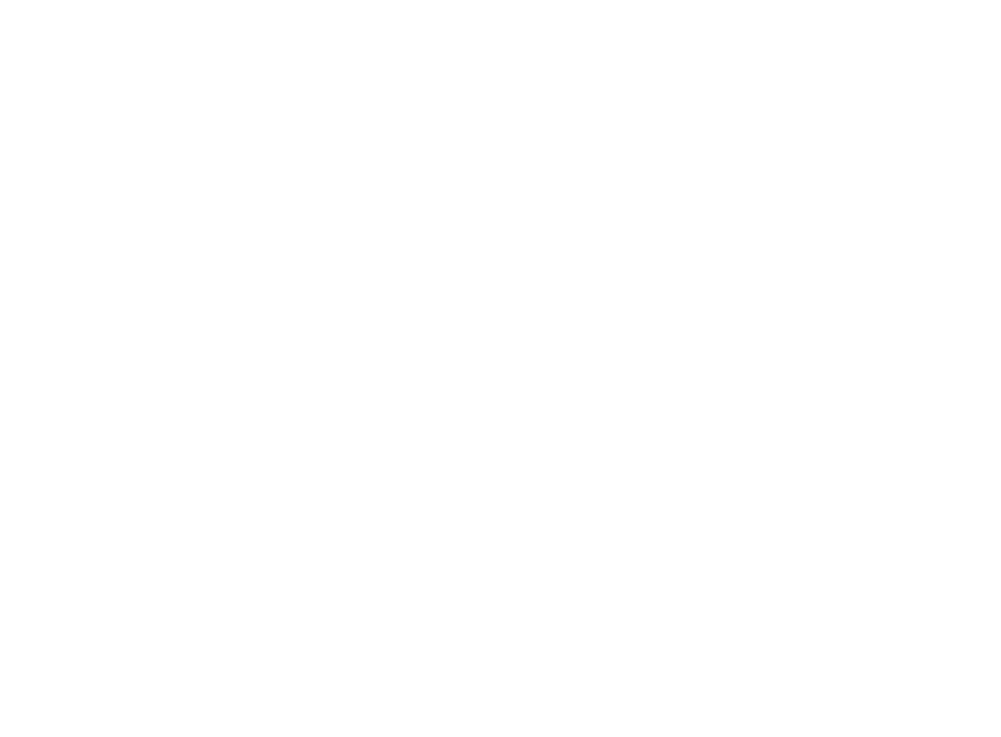
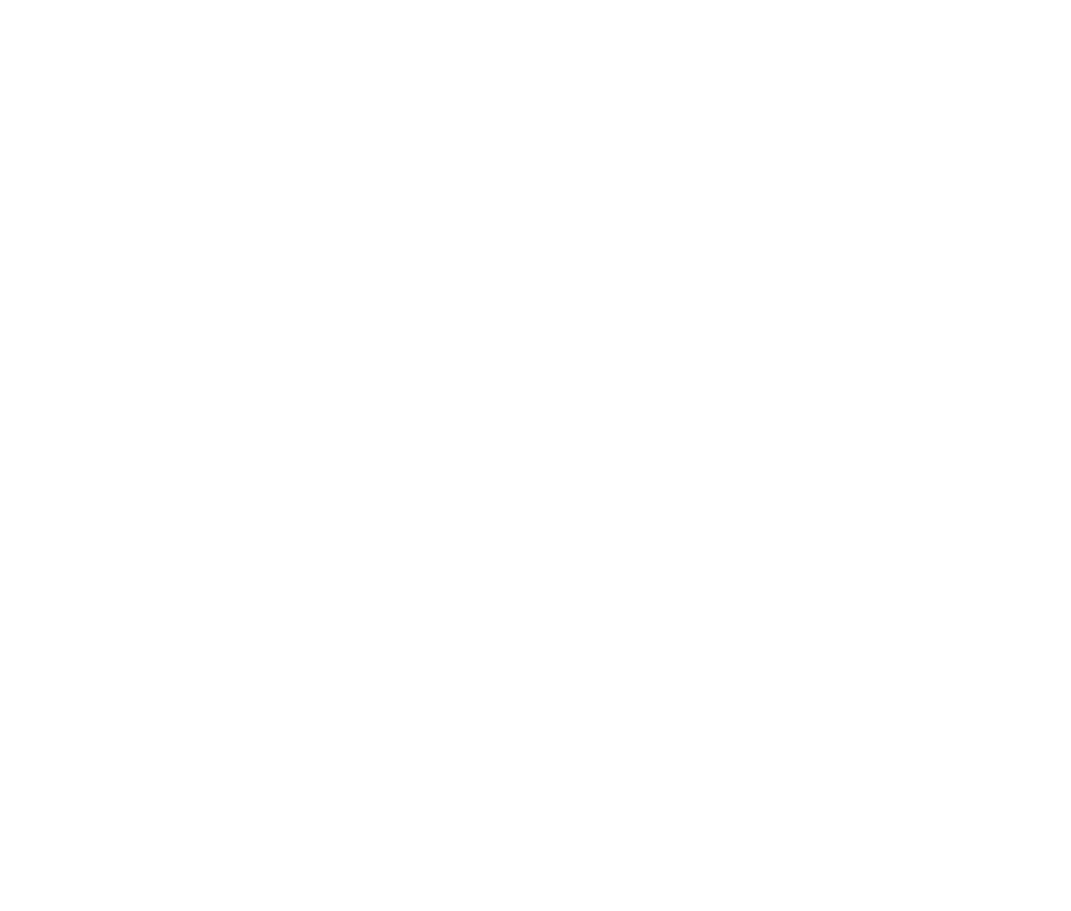
One commit to dodokek/Tree-Structure-Akinator changed the diagram in data/graph.dot. Above: the diagram before and after it, drawn with Graphviz. The commit also changed 3 other files, not shown here.

```diff
--- a/data/graph.dot
+++ b/data/graph.dot
@@ -1,61 +1,68 @@
 
     digraph g {
         dpi      = 200;
         fontname = "Comic Sans MS";
         fontsize = 20;
         rankdir   =  TB;
         edge [color = darkgrey, arrowhead = onormal, arrowsize = 1, penwidth = 1.2]
         graph[fillcolor = lightgreen, ranksep = 1.3, nodesep = 0.5,
         style = "rounded, filled",color = green, penwidth = 2]
 
-    Node0000000000ea24b0[shape=rectangle, color="red", width=0.2, style="filled",fillcolor="lightblue", label="Animal"] 
+    Node0000000000e924b0[shape=rectangle, color="red", width=0.2, style="filled",fillcolor="lightblue", label="Animal"] 
  
-Node0000000000ea2510[shape=rectangle, color="red", width=0.2, style="filled",fillcolor="lightblue", label="SucksDick"] 
+Node0000000000e92550[shape=rectangle, color="red", width=0.2, style="filled",fillcolor="lightblue", label="SucksDick"] 
  
-Node0000000000ea2570[shape=rectangle, color="red", width=0.2, style="filled",fillcolor="lightblue", label="StudyInMAI"] 
+Node0000000000e925f0[shape=rectangle, color="red", width=0.2, style="filled",fillcolor="lightblue", label="StudyInMAI"] 
  
-Node0000000000ea25d0[shape=rectangle, color="red", width=0.2, style="filled",fillcolor="lightblue", label="FiveInchDick"] 
+Node0000000000e92690[shape=rectangle, color="red", width=0.2, style="filled",fillcolor="lightblue", label="FiveInchDick"] 
  
-Node0000000000ea2630[shape=rectangle, color="red", width=0.2, style="filled",fillcolor="lightblue", label="MishkFreddie"] 
+Node0000000000e981e0[shape=rectangle, color="red", width=0.2, style="filled",fillcolor="lightblue", label="Cum first"] 
  
-Node0000000000ea2690[shape=rectangle, color="red", width=0.2, style="filled",fillcolor="lightblue", label="Dolbaeb"] 
+Node0000000000e98270[shape=rectangle, color="red", width=0.2, style="filled",fillcolor="lightblue", label="Sussy baka
+"] 
  
-Node0000000000ea7890[shape=rectangle, color="red", width=0.2, style="filled",fillcolor="lightblue", label="Sanya"] 
+Node0000000000e926c0[shape=rectangle, color="red", width=0.2, style="filled",fillcolor="lightblue", label="MishkFreddie"] 
  
-Node0000000000ea7970[shape=rectangle, color="red", width=0.2, style="filled",fillcolor="lightblue", label="Govnovoder"] 
+Node0000000000e926f0[shape=rectangle, color="red", width=0.2, style="filled",fillcolor="lightblue", label="Dolbaeb"] 
  
-Node0000000000ea7ac0[shape=rectangle, color="red", width=0.2, style="filled",fillcolor="lightblue", label="Krestena"] 
+Node0000000000e979f0[shape=rectangle, color="red", width=0.2, style="filled",fillcolor="lightblue", label="Sanya"] 
  
-Node0000000000ea7b20[shape=rectangle, color="red", width=0.2, style="filled",fillcolor="lightblue", label="Arcadiy"] 
+Node0000000000e97a90[shape=rectangle, color="red", width=0.2, style="filled",fillcolor="lightblue", label="Govnovoder"] 
  
-Node0000000000ea7a30[shape=rectangle, color="red", width=0.2, style="filled",fillcolor="lightblue", label="CumsAlot"] 
+Node0000000000e97b30[shape=rectangle, color="red", width=0.2, style="filled",fillcolor="lightblue", label="Krestena"] 
  
-Node0000000000ea7940[shape=rectangle, color="red", width=0.2, style="filled",fillcolor="lightblue", label="Vitalik"] 
+Node0000000000e97bd0[shape=rectangle, color="red", width=0.2, style="filled",fillcolor="lightblue", label="Arcadiy"] 
  
-Node0000000000ea7a00[shape=rectangle, color="red", width=0.2, style="filled",fillcolor="lightblue", label="Coder"] 
+Node0000000000e97c70[shape=rectangle, color="red", width=0.2, style="filled",fillcolor="lightblue", label="CumsAlot"] 
  
-Node0000000000ea7c70[shape=rectangle, color="red", width=0.2, style="filled",fillcolor="lightblue", label="Roma"] 
+Node0000000000e97d10[shape=rectangle, color="red", width=0.2, style="filled",fillcolor="lightblue", label="Vitalik"] 
  
-Node0000000000ea7ca0[shape=rectangle, color="red", width=0.2, style="filled",fillcolor="lightblue", label="Joe"] 
+Node0000000000e97db0[shape=rectangle, color="red", width=0.2, style="filled",fillcolor="lightblue", label="Coder"] 
  
-Node0000000000ea7a60[shape=rectangle, color="red", width=0.2, style="filled",fillcolor="lightblue", label="Obama"] 
+Node0000000000e97e50[shape=rectangle, color="red", width=0.2, style="filled",fillcolor="lightblue", label="Roma"] 
  
-Node0000000000ea7bb0[shape=rectangle, color="red", width=0.2, style="filled",fillcolor="lightblue", label="Sashka"] 
+Node0000000000e98000[shape=rectangle, color="red", width=0.2, style="filled",fillcolor="lightblue", label="Joe"] 
  
-Node0000000000ea24b0->Node0000000000ea2510
-Node0000000000ea2510->Node0000000000ea2570
-Node0000000000ea2570->Node0000000000ea25d0
-Node0000000000ea25d0->Node0000000000ea2630
-Node0000000000ea25d0->Node0000000000ea2690
-Node0000000000ea2570->Node0000000000ea7890
-Node0000000000ea2510->Node0000000000ea7970
-Node0000000000ea7970->Node0000000000ea7ac0
-Node0000000000ea7970->Node0000000000ea7b20
-Node0000000000ea24b0->Node0000000000ea7a30
-Node0000000000ea7a30->Node0000000000ea7940
-Node0000000000ea7a30->Node0000000000ea7a00
-Node0000000000ea7a00->Node0000000000ea7c70
-Node0000000000ea7a00->Node0000000000ea7ca0
-Node0000000000ea7ca0->Node0000000000ea7a60
-Node0000000000ea7ca0->Node0000000000ea7bb0
+Node0000000000e98150[shape=rectangle, color="red", width=0.2, style="filled",fillcolor="lightblue", label="Obama"] 
+ 
+Node0000000000e97fa0[shape=rectangle, color="red", width=0.2, style="filled",fillcolor="lightblue", label="Sashka"] 
+ 
+Node0000000000e924b0->Node0000000000e92550
+Node0000000000e92550->Node0000000000e925f0
+Node0000000000e925f0->Node0000000000e92690
+Node0000000000e92690->Node0000000000e981e0
+Node0000000000e981e0->Node0000000000e98270
+Node0000000000e981e0->Node0000000000e926c0
+Node0000000000e92690->Node0000000000e926f0
+Node0000000000e925f0->Node0000000000e979f0
+Node0000000000e92550->Node0000000000e97a90
+Node0000000000e97a90->Node0000000000e97b30
+Node0000000000e97a90->Node0000000000e97bd0
+Node0000000000e924b0->Node0000000000e97c70
+Node0000000000e97c70->Node0000000000e97d10
+Node0000000000e97c70->Node0000000000e97db0
+Node0000000000e97db0->Node0000000000e97e50
+Node0000000000e97db0->Node0000000000e98000
+Node0000000000e98000->Node0000000000e98150
+Node0000000000e98000->Node0000000000e97fa0
 }
```
